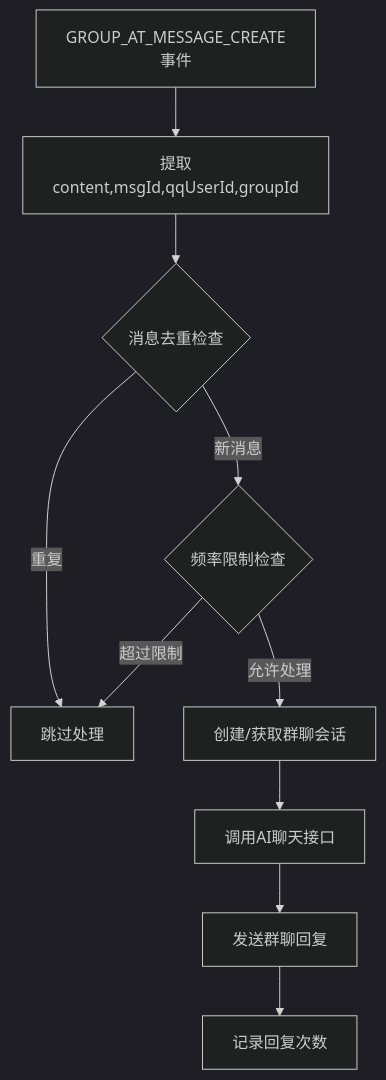
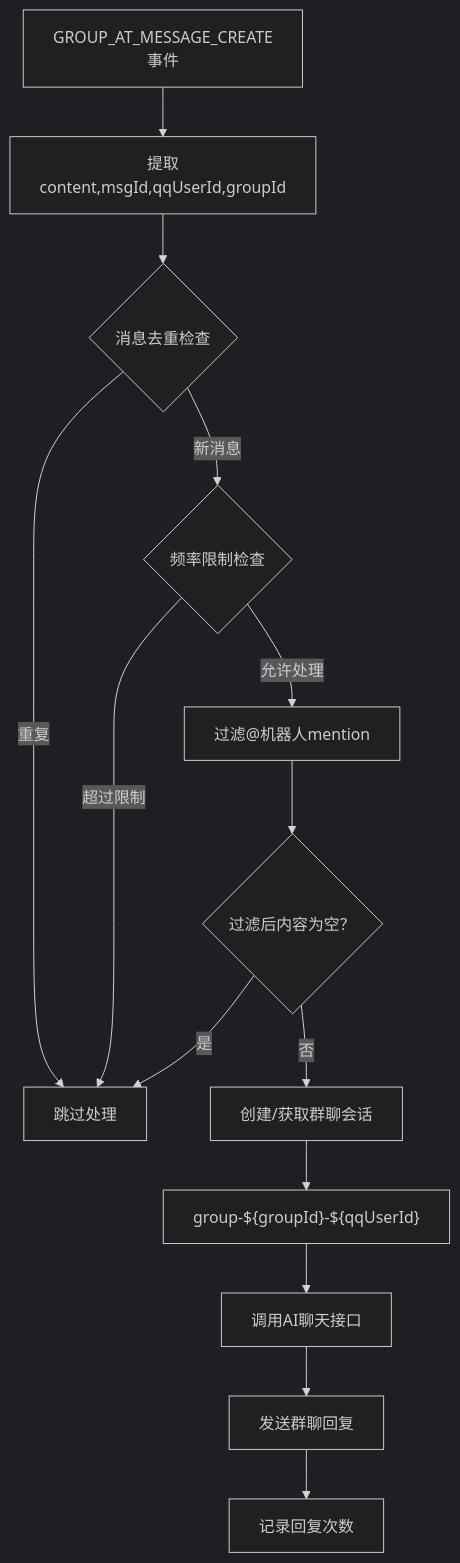
One commit to L1mingyoung/ex changed the eighth of 14 diagrams in .qoder/repowiki/zh/content/多平台适配器/QQ机器人适配器.md. Above: the diagram before and after it, drawn with Mermaid (dark theme). The commit also changed other lines of this file and 13 other files, not shown here.

````diff
--- a/.qoder/repowiki/zh/content/多平台适配器/QQ机器人适配器.md
+++ b/.qoder/repowiki/zh/content/多平台适配器/QQ机器人适配器.md
@@ -264,12 +333,16 @@
 ```mermaid
 flowchart TD
 GroupMsg["GROUP_AT_MESSAGE_CREATE事件"] --> ExtractInfo["提取content,msgId,qqUserId,groupId"]
 ExtractInfo --> DedupCheck{"消息去重检查"}
 DedupCheck --> |重复| Skip["跳过处理"]
 DedupCheck --> |新消息| RateLimit{"频率限制检查"}
 RateLimit --> |超过限制| Skip
-RateLimit --> |允许处理| CreateSession["创建/获取群聊会话"]
-CreateSession --> Chat["调用AI聊天接口"]
+RateLimit --> |允许处理| FilterMention["过滤@机器人mention"]
+FilterMention --> CheckContent{"过滤后内容为空？"}
+CheckContent --> |是| Skip
+CheckContent --> |否| CreateSession["创建/获取群聊会话"]
+CreateSession --> SessionKey["group-${groupId}-${qqUserId}"]
+SessionKey --> Chat["调用AI聊天接口"]
 Chat --> Reply["发送群聊回复"]
 Reply --> Record["记录回复次数"]
 ```
````
